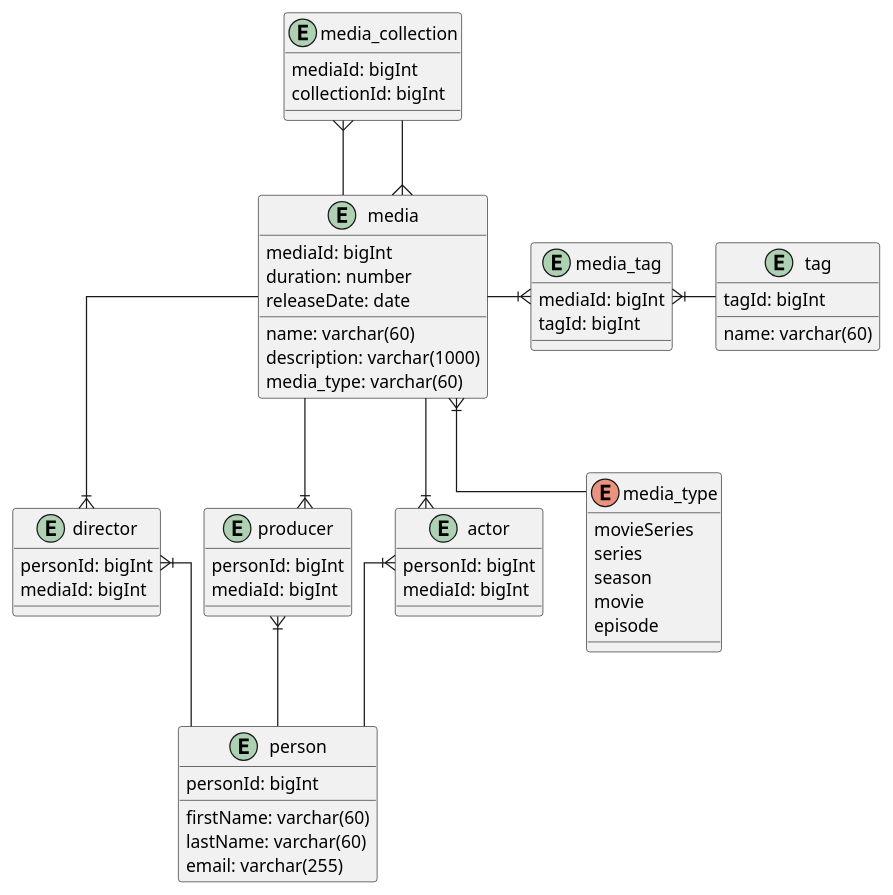
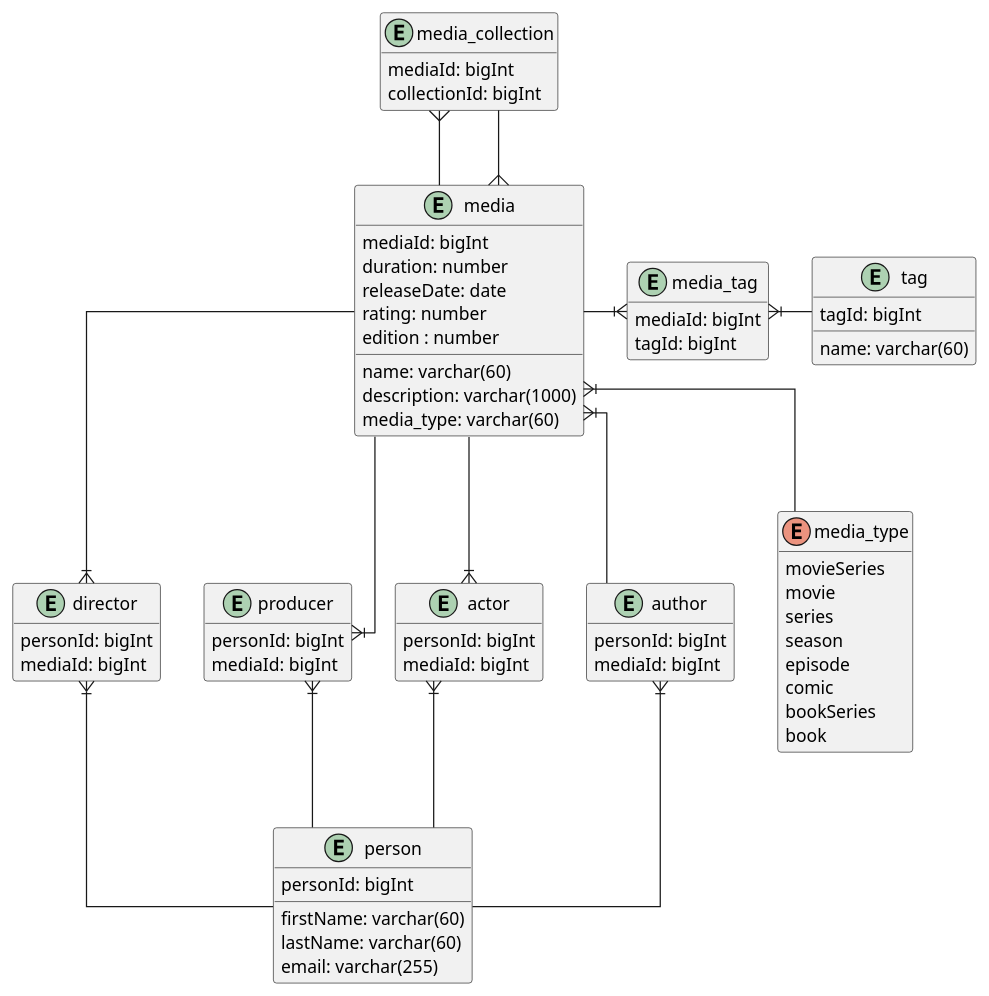
One commit to 2425-4bhitm-insy/jpa-project-v2-watchlist changed the diagram in ERD.puml. Above: the diagram before and after it, drawn with PlantUML.

Commit message:
add: erd stuff 2.0

```diff
--- a/ERD.puml
+++ b/ERD.puml
@@ -1,73 +1,89 @@
 @startuml
 
 top to bottom direction
 skinparam linetype ortho
+hide empty members
 
 entity media {
     name: varchar(60)
     description: varchar(1000)
     mediaId: bigInt
     duration: number
     media_type: varchar(60)
     releaseDate: date
+    rating: number
+    edition : number
 }
 
 entity media_collection {
     mediaId: bigInt
     collectionId: bigInt
 }
 
 enum media_type {
     movieSeries
+    movie
     series
     season
-    movie
     episode
+    comic
+    bookSeries
+    book
+}
+
+entity author {
+    personId: bigInt
+    mediaId: bigInt
+
 }
 
 entity tag {
     name: varchar(60)
     tagId: bigInt
 }
 
 entity media_tag {
     mediaId: bigInt
     tagId: bigInt
 }
 
 entity director {
     personId: bigInt
     mediaId: bigInt
 }
 
 entity actor {
     personId: bigInt
     mediaId: bigInt
 }
 
 entity producer {
     personId: bigInt
     mediaId: bigInt
 }
 
 entity person {
     firstName: varchar(60)
     lastName: varchar(60)
     email: varchar(255)
     personId: bigInt
 }
+
+
+author -up-|{ media
+person -up-|{ author
 person -up-|{ actor
 media -down-|{ actor
 person -up-|{ producer
 media -down-|{ producer
 person -up-|{ director
 media -down-|{ director
 
 tag -left-|{ media_tag
 media -right-|{ media_tag
 
 media_type -up-|{ media
 media -up-{ media_collection
 media }-down- media_collection
 
 @enduml
```
